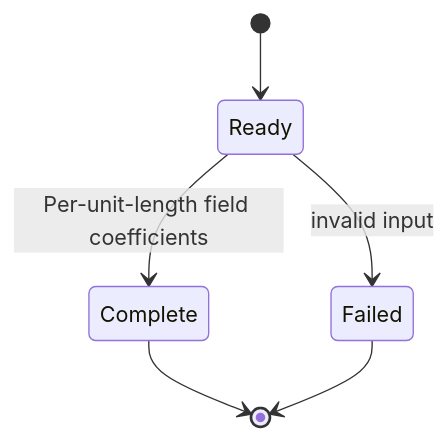
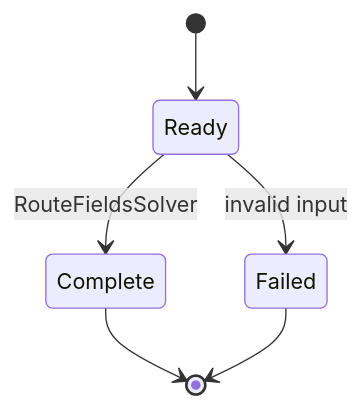
The second of 2 diagrams in README.md (ShiboSoftwareDev/signal-integrity-pipeline), drawn with Mermaid before and after one commit. The commit also changed other lines of this file and 13 other files, not shown here.

First line of the commit message:
feat: add RouteFieldsSolver

````diff
--- a/README.md
+++ b/README.md
@@ -20,8 +21,8 @@
 ```mermaid
 stateDiagram-v2
   [*] --> Ready
-  Ready --> Complete: Per-unit-length field coefficients
+  Ready --> Complete: RouteFieldsSolver
   Ready --> Failed: invalid input
   Complete --> [*]
   Failed --> [*]
 ```
````
